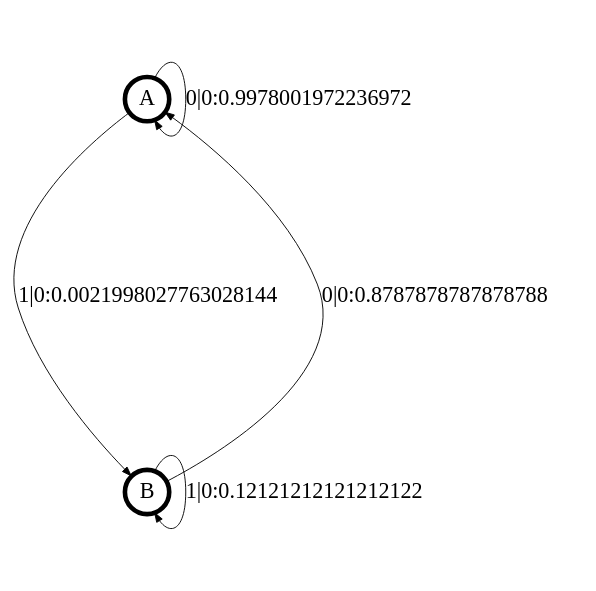
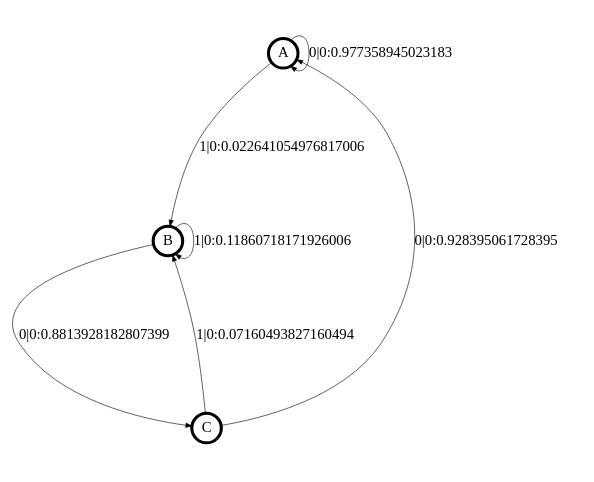
One commit to OdalysBar/HonorsThesis-TikTok changed the diagram in transCSSR-master/transCSSR_results/+user7.dot. Above: the diagram before and after it, drawn with Graphviz. The commit also changed 275 other files, not shown here.

```diff
--- a/transCSSR-master/transCSSR_results/+user7.dot
+++ b/transCSSR-master/transCSSR_results/+user7.dot
@@ -1,16 +1,18 @@
 digraph  {
 size = "6,8.5";
 ratio = "fill";
 node
 [shape = circle];
 node [fontsize = 24];
 node [penwidth = 5];
 edge [fontsize = 24];
 node [fontname = "CMU Serif Roman"];
 graph [fontname = "CMU Serif Roman"];
 edge [fontname = "CMU Serif Roman"];
-A -> A [label = "0|0:0.9978001972236972\l"];
-A -> B [label = "1|0:0.0021998027763028144\l"];
-B -> A [label = "0|0:0.8787878787878788\l"];
-B -> B [label = "1|0:0.12121212121212122\l"];
+A -> A [label = "0|0:0.977358945023183\l"];
+A -> B [label = "1|0:0.022641054976817006\l"];
+B -> B [label = "1|0:0.11860718171926006\l"];
+B -> C [label = "0|0:0.8813928182807399\l"];
+C -> A [label = "0|0:0.928395061728395\l"];
+C -> B [label = "1|0:0.07160493827160494\l"];
 }
```
